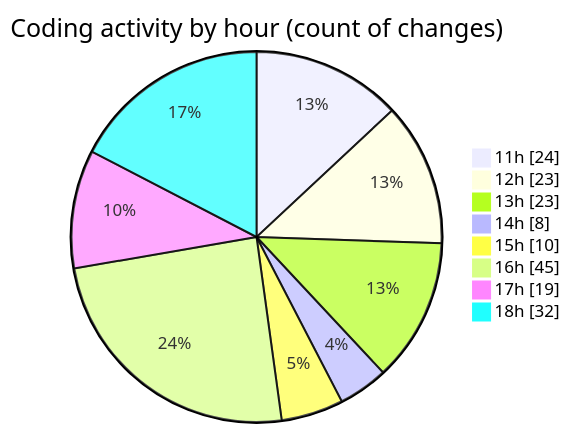
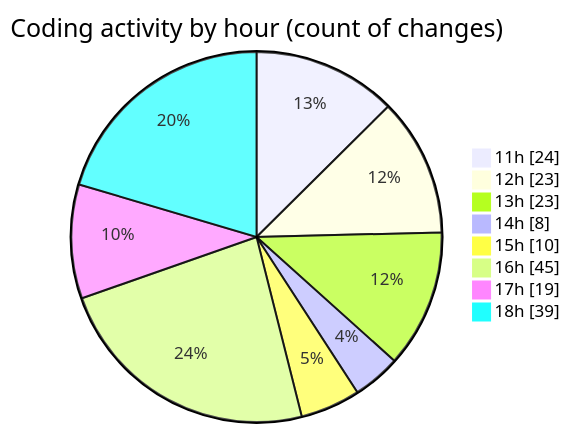
Before and after one commit to nxtqubesakshisongat/code-tracking: the second of 2 diagrams in 2025-09-18/nxtqube_webapp/README.md, drawn with Mermaid. The commit also changed other lines of this file and 1 other file, not shown here.

````diff
--- a/2025-09-18/nxtqube_webapp/README.md
+++ b/2025-09-18/nxtqube_webapp/README.md
@@ -52,12 +52,12 @@
 ```mermaid
 pie showData
 title Coding activity by hour (count of changes)
 "11h" : 24
 "12h" : 23
 "13h" : 23
 "14h" : 8
 "15h" : 10
 "16h" : 45
 "17h" : 19
-"18h" : 32
+"18h" : 39
 ```
````
